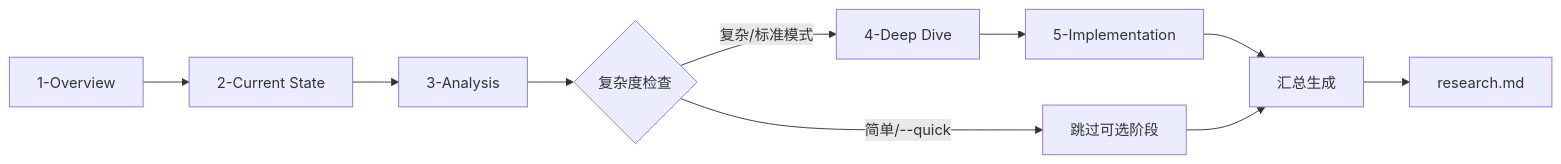
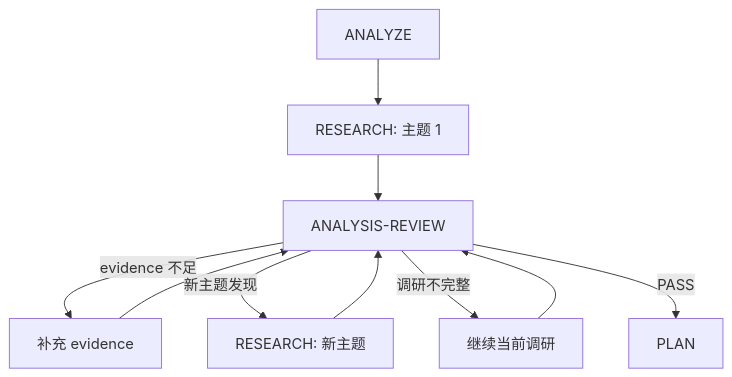
Before and after one commit to JIA-ss/agents: the second of 2 diagrams in skills/workflow-plan/references/phase-details.md, drawn with Mermaid. The commit also changed other lines of this file and 4 other files, not shown here.

First line of the commit message:
refactor(workflow-plan): implement iterative research loop with evidence enforcement

````diff
--- a/skills/workflow-plan/references/phase-details.md
+++ b/skills/workflow-plan/references/phase-details.md
@@ -106,12 +317,12 @@
 ```mermaid
-graph LR
-    A[1-Overview] --> B[2-Current State]
-    B --> C[3-Analysis]
-    C --> D{复杂度检查}
-    D -->|复杂/标准模式| E[4-Deep Dive]
-    E --> F[5-Implementation]
-    D -->|简单/--quick| G[跳过可选阶段]
-    F --> H[汇总生成]
-    G --> H
-    H --> I[research.md]
+graph TD
+    A[ANALYZE] --> B[RESEARCH: 主题 1]
+    B --> C[ANALYSIS-REVIEW]
+    C -->|"evidence 不足"| D[补充 evidence]
+    C -->|"新主题发现"| E[RESEARCH: 新主题]
+    C -->|"调研不完整"| F[继续当前调研]
+    D --> C
+    E --> C
+    F --> C
+    C -->|PASS| G[PLAN]
 ```
````
